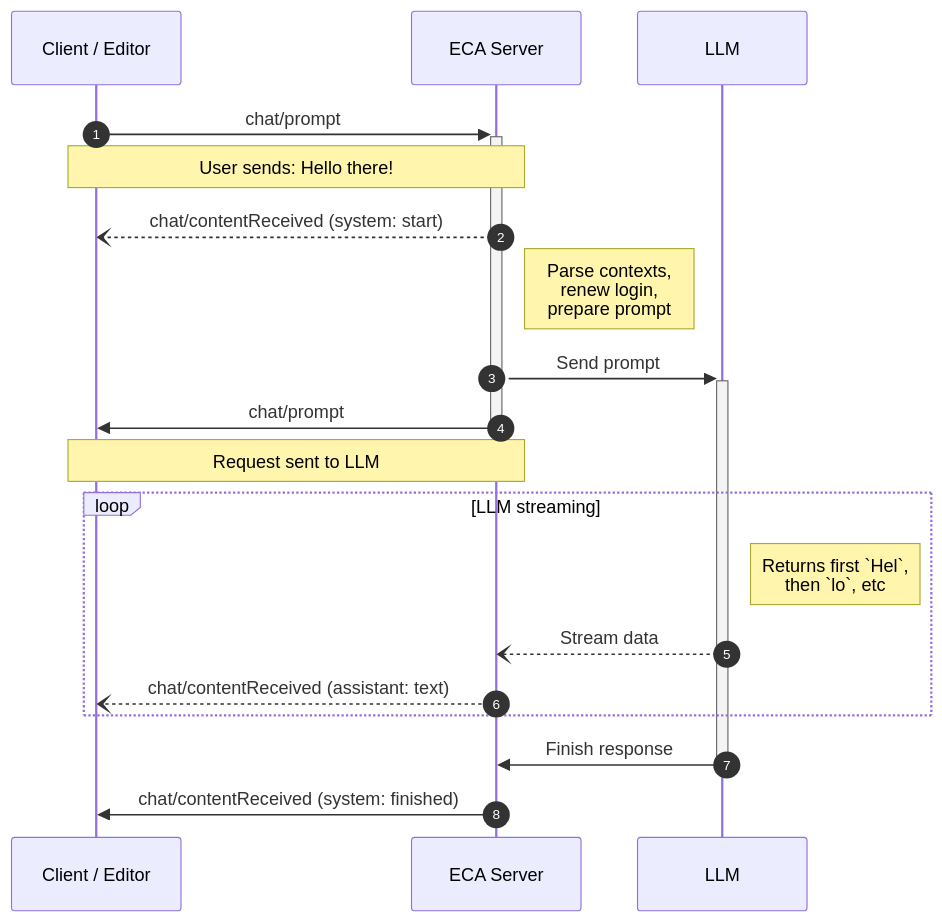
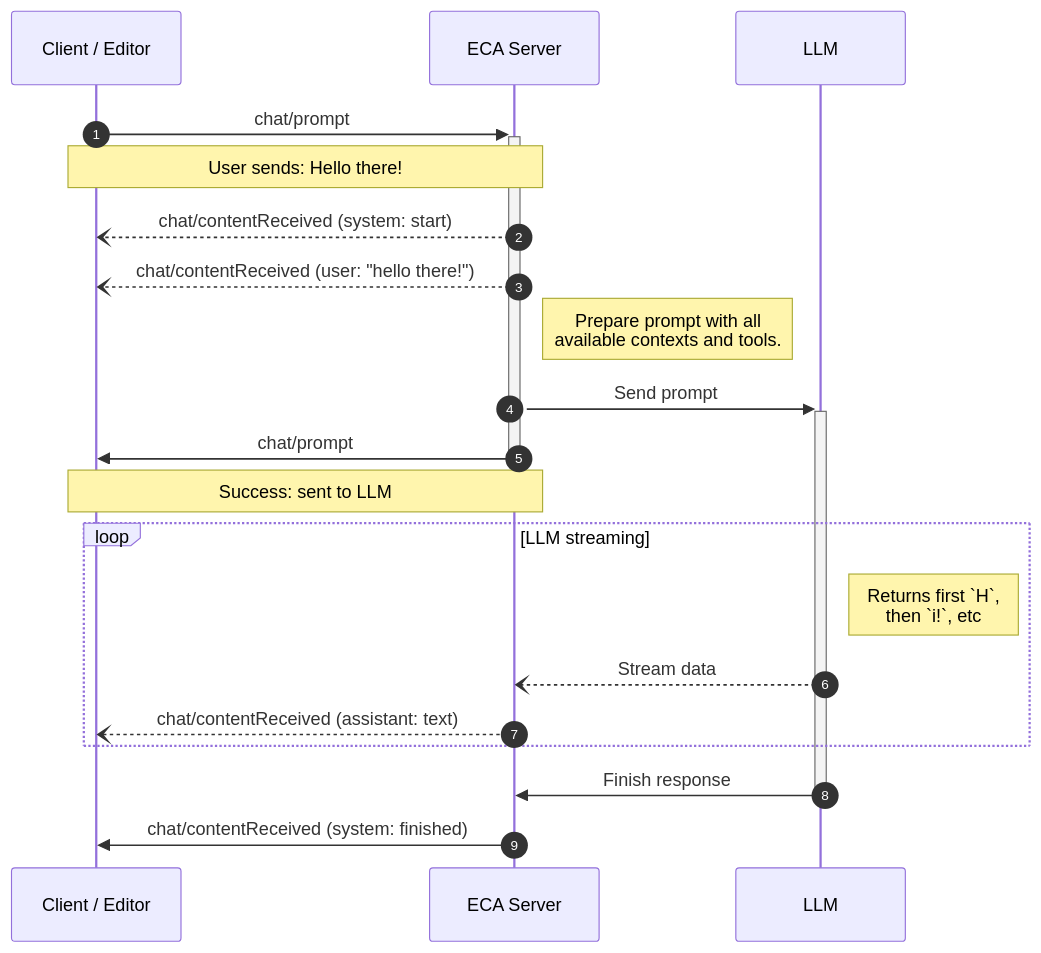
Before and after one commit to emerson-matos/eca: the third of 4 diagrams in docs/protocol.md, drawn with Mermaid. The commit also changed other lines of this file, not shown here.

````diff
--- a/docs/protocol.md
+++ b/docs/protocol.md
@@ -242,22 +242,23 @@
     ```mermaid
     sequenceDiagram
         autonumber
         participant C as Client / Editor
         participant S as ECA Server
         participant L as LLM
         C->>+S: chat/prompt
         Note over C,S: User sends: Hello there!
         S--)C: chat/contentReceived (system: start)
-        Note right of S: Parse contexts,<br/>renew login,<br/>prepare prompt
+        S--)C: chat/contentReceived (user: "hello there!")
+        Note right of S: Prepare prompt with all<br/>available contexts and tools.
         S->>+L: Send prompt
         S->>-C: chat/prompt
-        Note over C,S: Request sent to LLM
+        Note over C,S: Success: sent to LLM
         loop LLM streaming
-            Note right of L: Returns first `Hel`,<br/>then `lo`, etc
+            Note right of L: Returns first `H`,<br/>then `i!`, etc
             L--)S: Stream data
             S--)C: chat/contentReceived (assistant: text)
             
         end
         L->>-S: Finish response
         S->>C: chat/contentReceived (system: finished)
     ```
````
